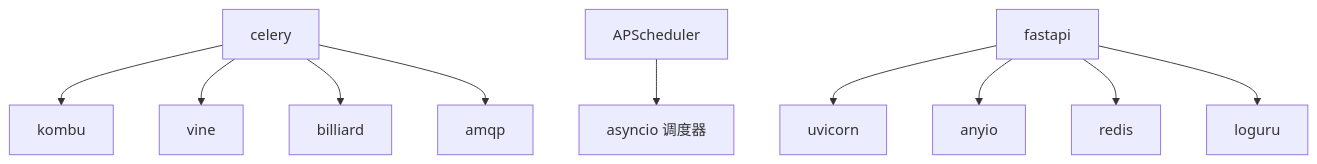
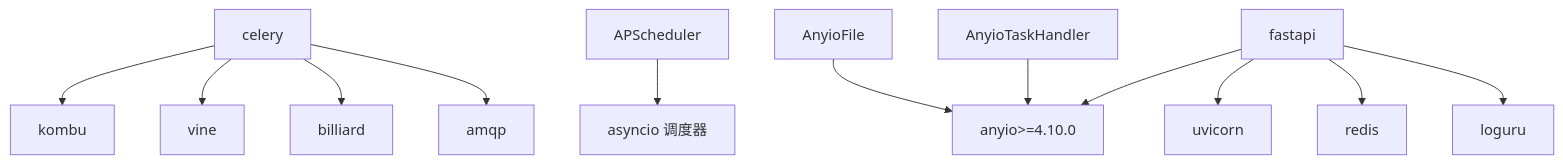
Before and after one commit to lilinzezzzzzz/fastapi-backend: the ninth of 9 diagrams in .qoder/repowiki/zh/content/任务调度系统/任务调度系统.md, drawn with Mermaid. The commit also changed other lines of this file and 38 other files, not shown here.

````diff
--- a/.qoder/repowiki/zh/content/任务调度系统/任务调度系统.md
+++ b/.qoder/repowiki/zh/content/任务调度系统/任务调度系统.md
@@ -297,12 +413,14 @@
 ```mermaid
 graph TB
 Celery["celery"] --> Kombu["kombu"]
 Celery --> Vine["vine"]
 Celery --> Billiard["billiard"]
 Celery --> Amqp["amqp"]
 APScheduler["APScheduler"] --> Asyncio["asyncio 调度器"]
 FastAPI["fastapi"] --> Uvicorn["uvicorn"]
-FastAPI --> AnyIO["anyio"]
+FastAPI --> AnyIO["anyio>=4.10.0"]
 FastAPI --> Redis["redis"]
 FastAPI --> Loguru["loguru"]
+AnyioTask["AnyioTaskHandler"] --> AnyIO
+AnyioFile["AnyioFile"] --> AnyIO
 ```
````
